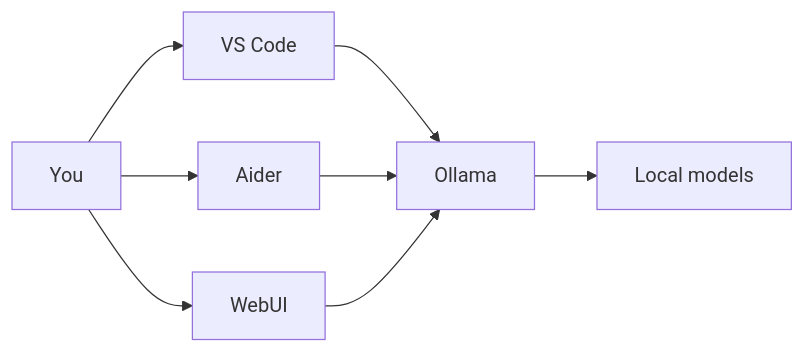
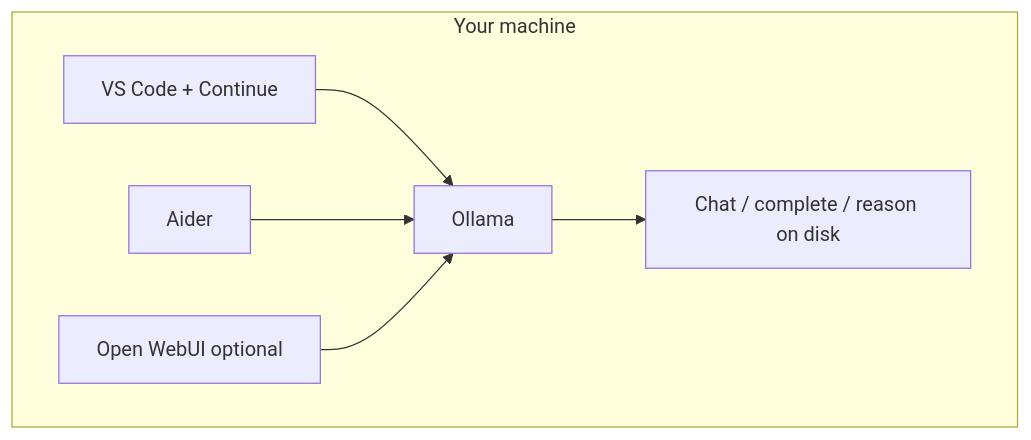
One commit to Nonarkara/offline-ai-coding changed the second of 3 diagrams in README.md. Above: the diagram before and after it, drawn with Mermaid. The commit also changed other lines of this file and 27 other files, not shown here.

````diff
--- a/README.md
+++ b/README.md
@@ -137,10 +161,14 @@
 ```mermaid
-flowchart LR
-    You[You] --> VS[VS Code]
-    You --> Aid[Aider]
-    You --> Web[WebUI]
-    VS --> Ol[Ollama]
-    Aid --> Ol
-    Web --> Ol
-    Ol --> Disk[Local models]
+flowchart TB
+    subgraph machine [Your machine]
+        VS[VS Code + Continue]
+        Aid[Aider]
+        Web[Open WebUI optional]
+        Ol[Ollama]
+        Disk[Chat / complete / reason on disk]
+        VS --> Ol
+        Aid --> Ol
+        Web --> Ol
+        Ol --> Disk
+    end
 ```
````
